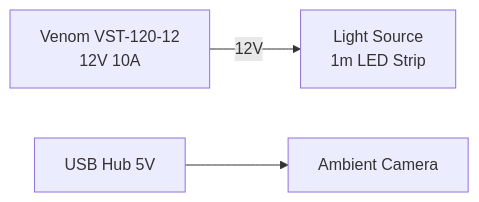
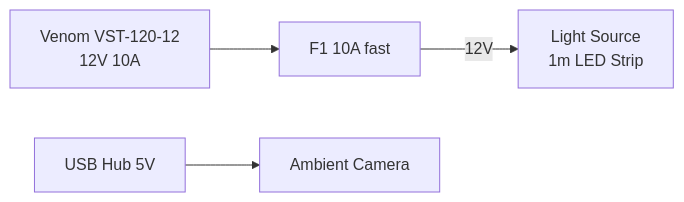
The sixth of 8 diagrams in electronics/ELECTRONICS.md (dark-neonus/Cleany_AI_Trash_Sorting_Robot), drawn with Mermaid before and after one commit. The commit also changed other lines of this file and 1 other file, not shown here.

````diff
--- a/electronics/ELECTRONICS.md
+++ b/electronics/ELECTRONICS.md
@@ -213,5 +282,5 @@
 ```mermaid
 flowchart LR
-    PSU12[Venom VST-120-12<br/>12V 10A] -->|12V| LED[Light Source<br/>1m LED Strip]
+    PSU12[Venom VST-120-12<br/>12V 10A] --> F1[F1 10A fast] -->|12V| LED[Light Source<br/>1m LED Strip]
     HUB[USB Hub 5V] --> ACAM[Ambient Camera]
 ```
````
